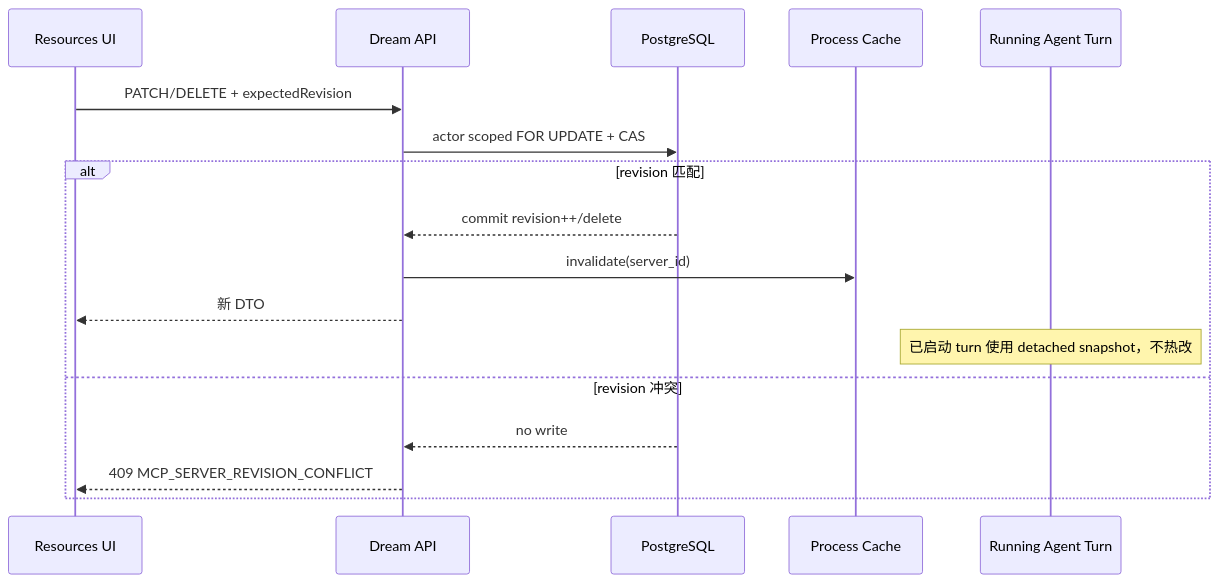
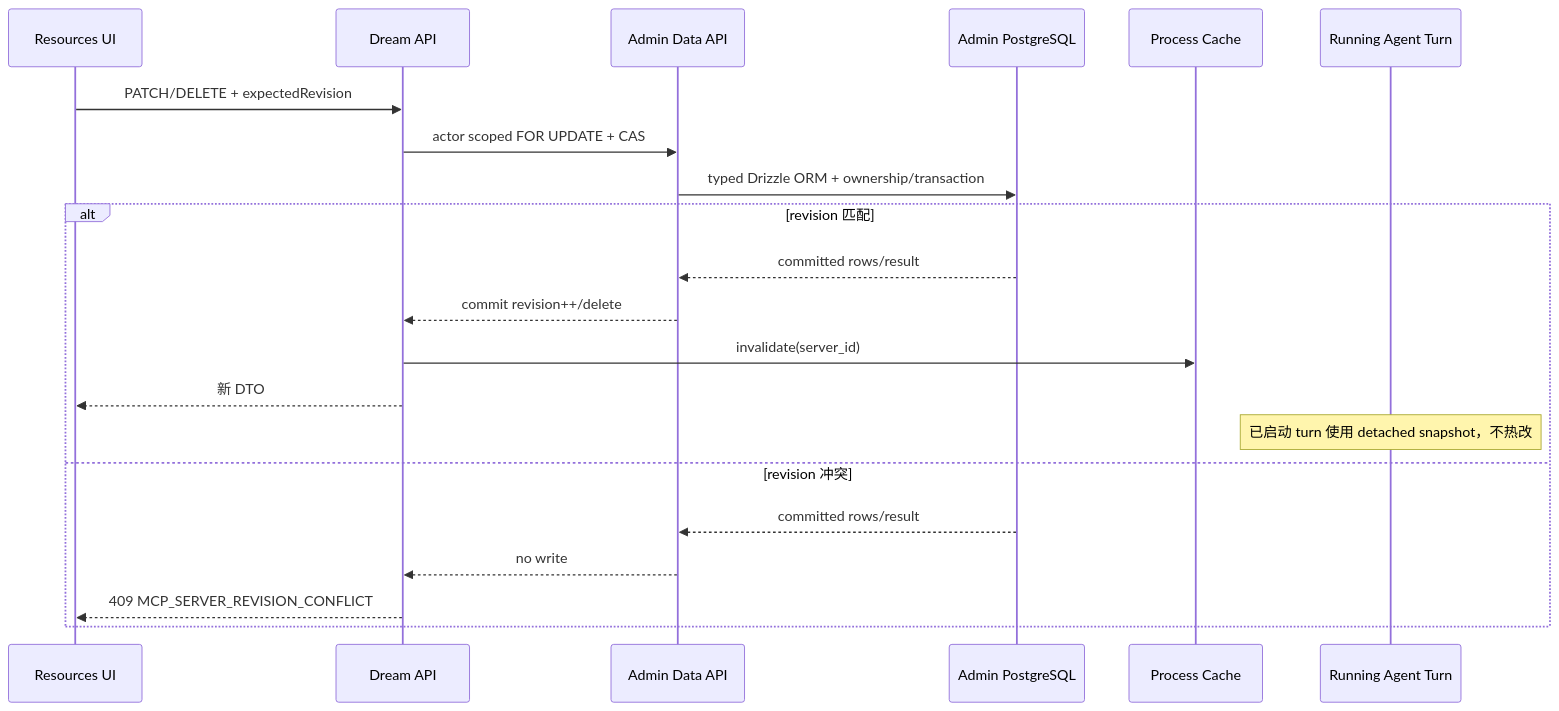
One commit to glide-the/im-dream changed the eighth of 12 diagrams in docs/design/claude-agent/dream-managed-mcp-resources.md. Above: the diagram before and after it, drawn with Mermaid. The commit also changed other lines of this file and 30 other files, not shown here.

````diff
--- a/docs/design/claude-agent/dream-managed-mcp-resources.md
+++ b/docs/design/claude-agent/dream-managed-mcp-resources.md
@@ -307,19 +353,23 @@
 ```mermaid
 sequenceDiagram
     participant UI as Resources UI
     participant API as Dream API
-    participant DB as PostgreSQL
+    participant Admin as Admin Data API
+    participant DB as Admin PostgreSQL
     participant C as Process Cache
     participant R as Running Agent Turn
     UI->>API: PATCH/DELETE + expectedRevision
-    API->>DB: actor scoped FOR UPDATE + CAS
+    API->>Admin: actor scoped FOR UPDATE + CAS
+    Admin->>DB: typed Drizzle ORM + ownership/transaction
     alt revision 匹配
-        DB-->>API: commit revision++/delete
+        DB-->>Admin: committed rows/result
+        Admin-->>API: commit revision++/delete
         API->>C: invalidate(server_id)
         API-->>UI: 新 DTO
         Note over R: 已启动 turn 使用 detached snapshot，不热改
     else revision 冲突
-        DB-->>API: no write
+        DB-->>Admin: committed rows/result
+        Admin-->>API: no write
         API-->>UI: 409 MCP_SERVER_REVISION_CONFLICT
     end
 ```
````
